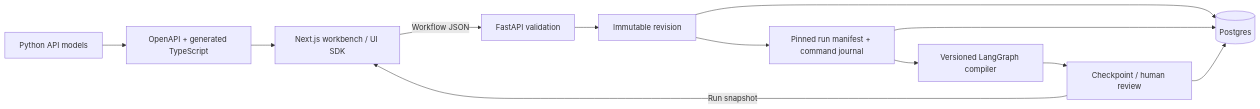
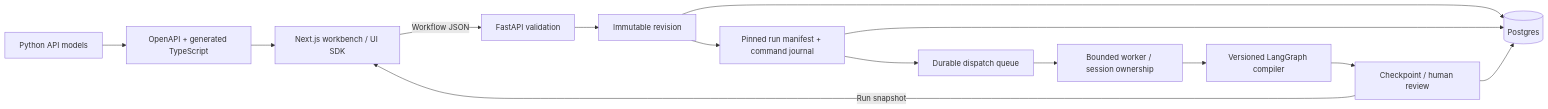
The diagram in docs/architecture.md (andersj05/ResearchChain), drawn with Mermaid before and after one commit. The commit also changed other lines of this file and 4 other files, not shown here.

````diff
--- a/docs/architecture.md
+++ b/docs/architecture.md
@@ -3,14 +3,16 @@
 ```mermaid
 flowchart LR
   U[Next.js workbench / UI SDK] -->|Workflow JSON| A[FastAPI validation]
   A --> V[Immutable revision]
   V --> M[Pinned run manifest + command journal]
-  M --> C[Versioned LangGraph compiler]
+  M --> Q[Durable dispatch queue]
+  Q --> W[Bounded worker / session ownership]
+  W --> C[Versioned LangGraph compiler]
   C --> R[Checkpoint / human review]
   R -->|Run snapshot| U
   V --> DB[(Postgres)]
   M --> DB
   R --> DB
   P[Python API models] --> O[OpenAPI + generated TypeScript]
   O --> U
 ```
````
